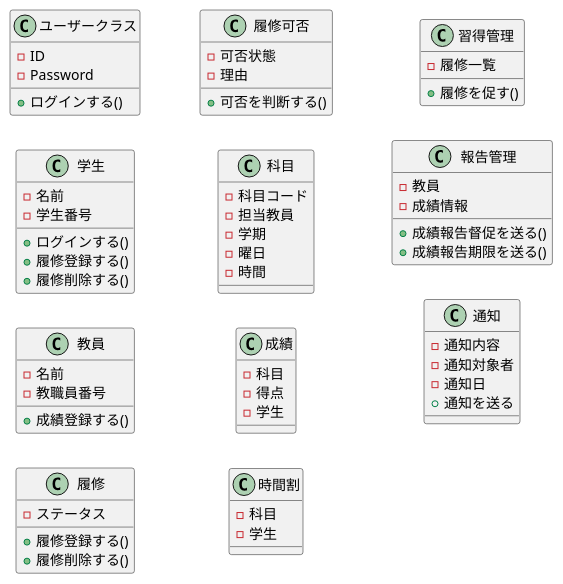
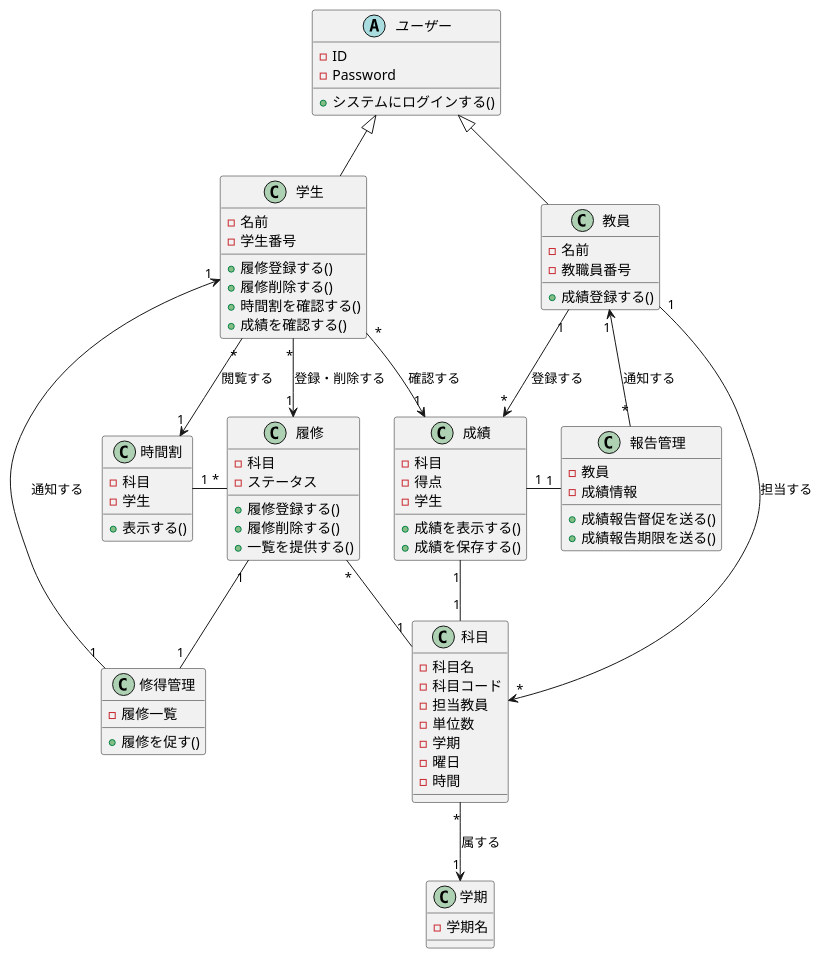
Before and after one commit to tanusai646/software-desine: the diagram in uml/15/class1.puml, drawn with PlantUML. The commit also changed 1 other file, not shown here.

Commit message:
クラス図

```diff
--- a/uml/15/class1.puml
+++ b/uml/15/class1.puml
@@ -1,80 +1,95 @@
 @startuml クラス図1
 '分析段階のクラス図'
-left to right direction
+
 
 'クラス'
-class ユーザークラス{
+abstract ユーザー{
     - ID
     - Password
-    + ログインする()
+    + システムにログインする()
 }
 
 class 学生{
     - 名前
     - 学生番号
-    + ログインする()
     + 履修登録する()
     + 履修削除する()
+    + 時間割を確認する()
+    + 成績を確認する()
 }
 
 class 教員{
     - 名前
     - 教職員番号
     + 成績登録する()
 }
 
 class 履修{
+    - 科目
     - ステータス
     + 履修登録する()
     + 履修削除する()
-}
-
-class 履修可否{
-    - 可否状態
-    - 理由
-    + 可否を判断する()
+    + 一覧を提供する()
 }
 
 class 科目{
+    - 科目名
     - 科目コード
     - 担当教員
+    - 単位数
     - 学期
     - 曜日
     - 時間
+}
+
+class 学期{
+    - 学期名
 }
 
 class 成績{
     - 科目
     - 得点
     - 学生
+    + 成績を表示する()
+    + 成績を保存する()
 }
 
 class 時間割{
     - 科目
     - 学生
+    + 表示する()
 }
 
-class 習得管理{
+class 修得管理{
     - 履修一覧
     + 履修を促す()
 }
 
 class 報告管理{
     - 教員
     - 成績情報
     + 成績報告督促を送る()
     + 成績報告期限を送る()
 }
 
-class 通知{
-    - 通知内容
-    - 通知対象者
-    - 通知日
-    + 通知を送る
-}
-
 
 '関係'
+ユーザー <|-down- 学生
+ユーザー <|-down- 教員
 
+教員 "1" --> "*" 科目 : 担当する
+教員 "1" --> "*" 成績 : 登録する
+教員 "1" <-- "*" 報告管理 : 通知する
 
+学生 "*" --> "1" 時間割 : 閲覧する
+学生 "*" --> "1" 履修 : 登録・削除する
+学生 "*" --> "1" 成績 : 確認する
+学生 "1" <-- "1" 修得管理 : 通知する
+
+成績 "1" -right- "1" 報告管理
+科目 "1" -up- "1" 成績
+履修 "1" -- "1" 修得管理
+時間割 "1" -right- "*" 履修
+履修 "*" -- "1" 科目
+科目 "*" --> "1" 学期 : 属する
 @enduml
```
